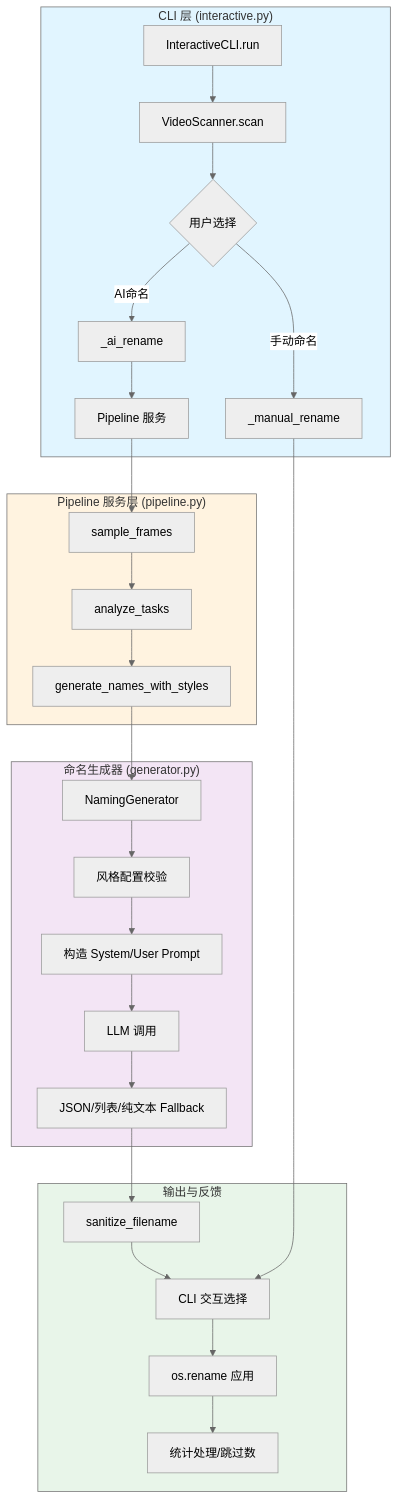
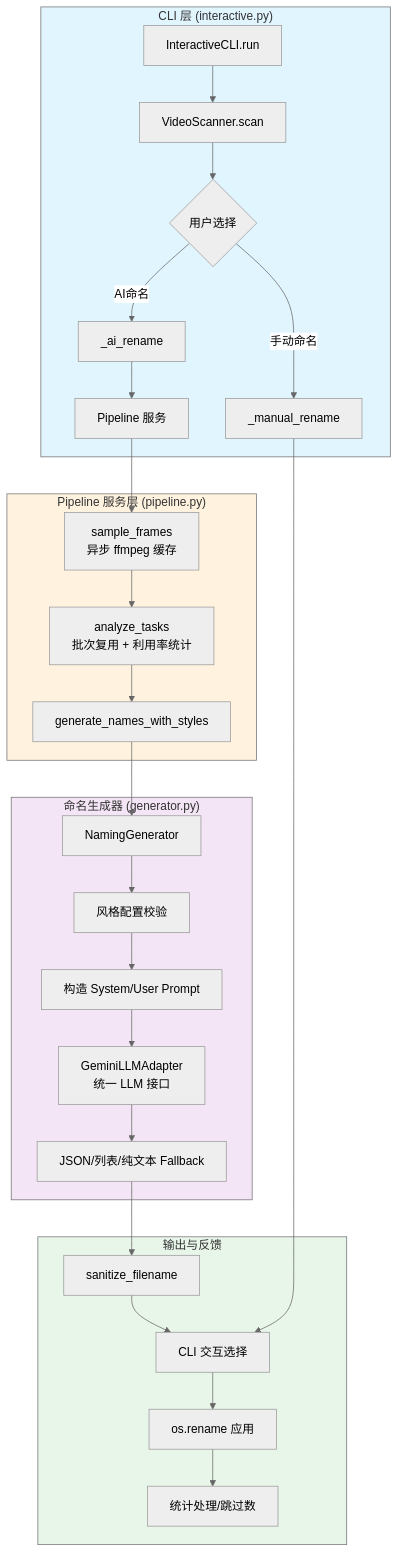
The first of 3 diagrams in README.md (zhu-jl18/gemini-porn-renamer), drawn with Mermaid (neutral theme) before and after one commit. The commit also changed other lines of this file and 12 other files, not shown here.

````diff
--- a/README.md
+++ b/README.md
@@ -41,37 +45,37 @@
 ```mermaid
 graph TB
     subgraph CLI层 ["CLI 层 (interactive.py)"]
         A[InteractiveCLI.run] --> B[VideoScanner.scan]
         B --> C{用户选择}
         C -->|AI命名| D[_ai_rename]
         C -->|手动命名| E[_manual_rename]
         D --> F[Pipeline 服务]
     end
 
     subgraph Pipeline ["Pipeline 服务层 (pipeline.py)"]
-        F --> G[sample_frames]
-        G --> H[analyze_tasks]
+        F --> G[sample_frames<br/>异步 ffmpeg 缓存]
+        G --> H[analyze_tasks<br/>批次复用 + 利用率统计]
         H --> I[generate_names_with_styles]
     end
 
     subgraph Generator ["命名生成器 (generator.py)"]
         I --> J[NamingGenerator]
         J --> K[风格配置校验]
         K --> L[构造 System/User Prompt]
-        L --> M[LLM 调用]
+        L --> M[GeminiLLMAdapter<br/>统一 LLM 接口]
         M --> N[JSON/列表/纯文本 Fallback]
     end
 
     subgraph Output ["输出与反馈"]
         N --> O[sanitize_filename]
         O --> P[CLI 交互选择]
         E --> P
         P --> Q[os.rename 应用]
         Q --> R[统计处理/跳过数]
     end
 
     style CLI层 fill:#e1f5ff
     style Pipeline fill:#fff3e0
     style Generator fill:#f3e5f5
     style Output fill:#e8f5e9
 ```
````
